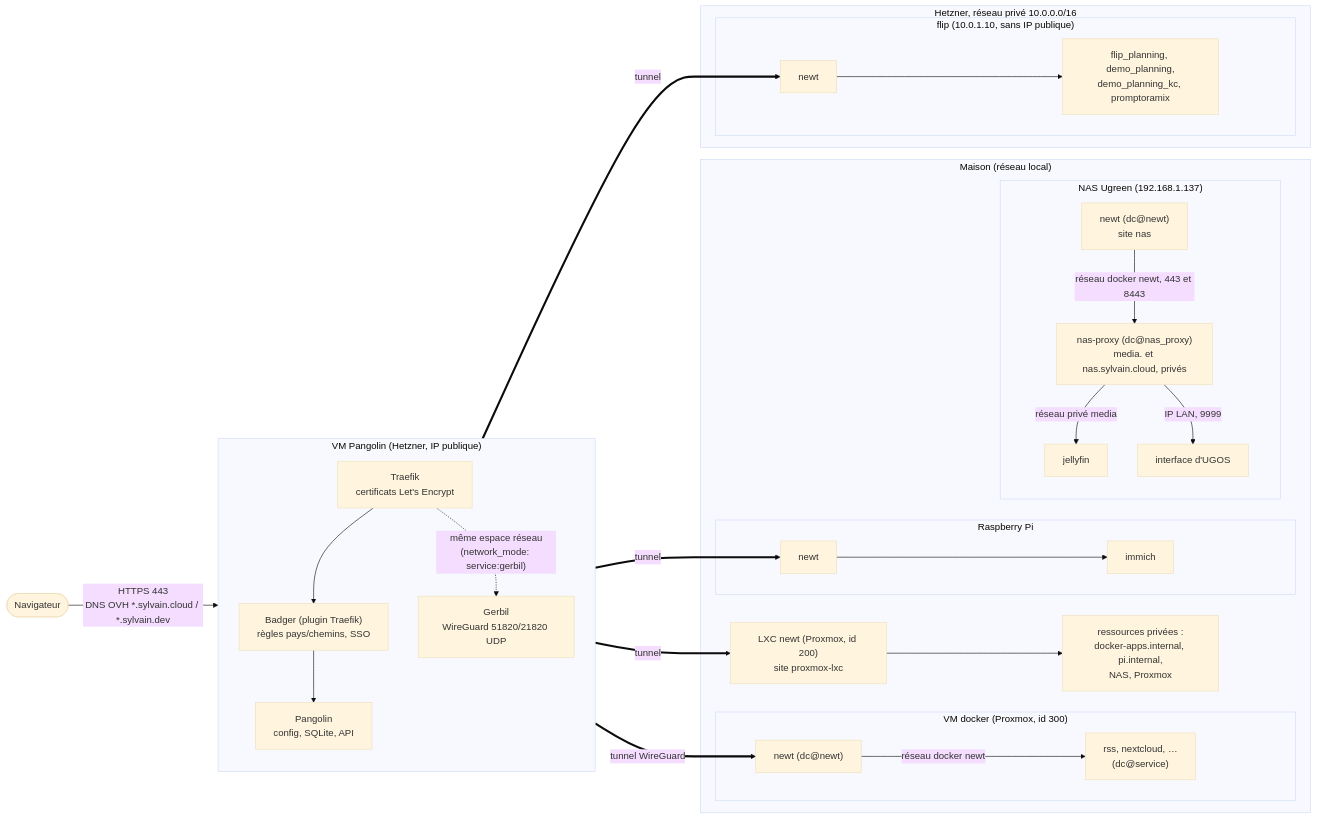
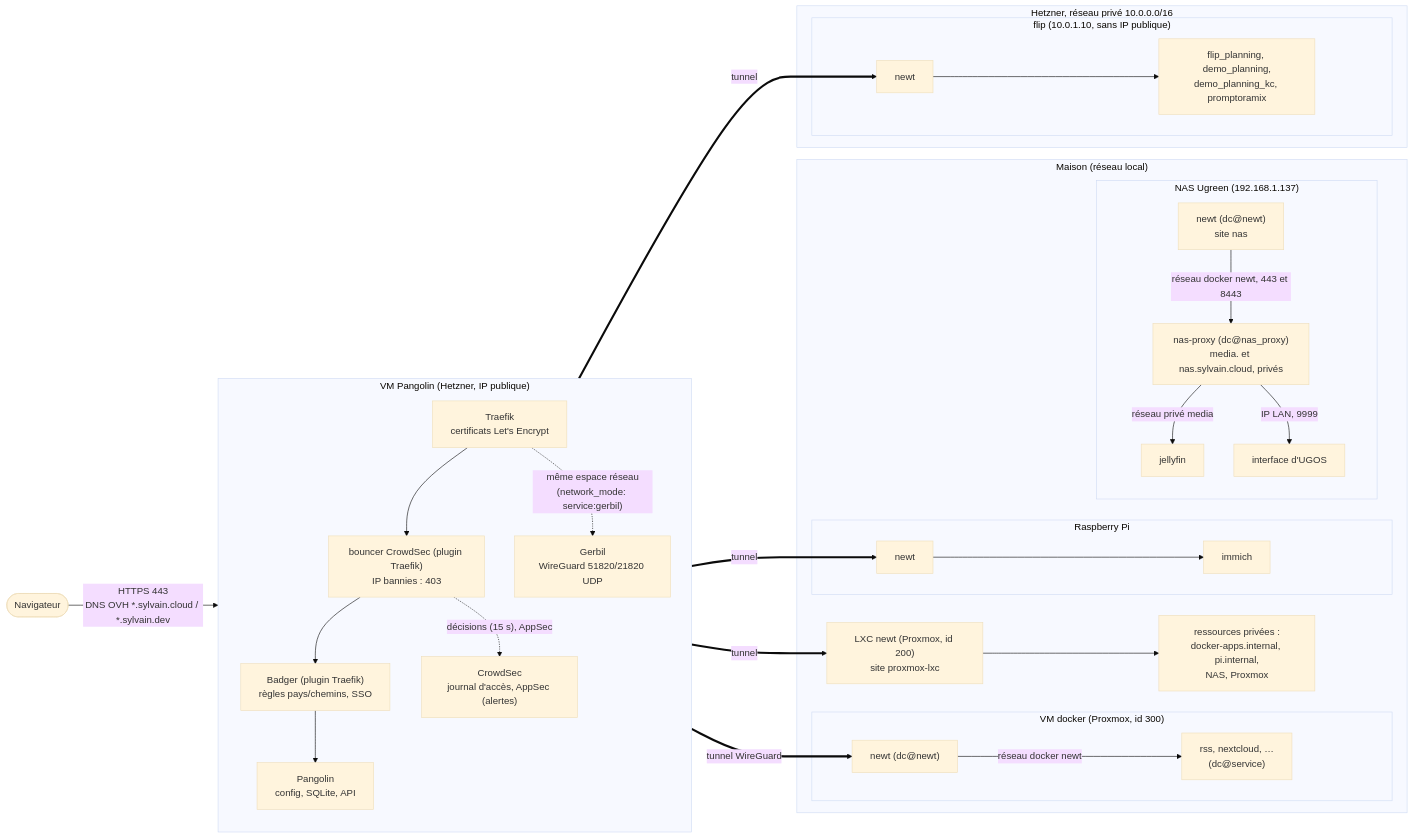
Before and after one commit to sylvainmetayer/homelab: the first of 4 diagrams in docs/architecture.md, drawn with Mermaid (base theme). The commit also changed other lines of this file and 20 other files, not shown here.

First line of the commit message:
feat(pangolin): CrowdSec devant toutes les routes HTTPS publiques

````diff
--- a/docs/architecture.md
+++ b/docs/architecture.md
@@ -9,40 +9,43 @@
 ```mermaid
 flowchart LR
   user([Navigateur]) -- "HTTPS 443<br/>DNS OVH *.sylvain.cloud / *.sylvain.dev" --> traefik
 
   subgraph pangolin_vm["VM Pangolin (Hetzner, IP publique)"]
     direction TB
     traefik["Traefik<br/>certificats Let's Encrypt"]
+    bouncer["bouncer CrowdSec (plugin Traefik)<br/>IP bannies : 403"]
+    crowdsec["CrowdSec<br/>journal d'accès, AppSec (alertes)"]
     badger["Badger (plugin Traefik)<br/>règles pays/chemins, SSO"]
     pangolin_app["Pangolin<br/>config, SQLite, API"]
     gerbil["Gerbil<br/>WireGuard 51820/21820 UDP"]
-    traefik --> badger --> pangolin_app
+    traefik --> bouncer --> badger --> pangolin_app
+    bouncer -. "décisions (15 s), AppSec" .-> crowdsec
     traefik -. "même espace réseau<br/>(network_mode: service:gerbil)" .-> gerbil
   end
 
   gerbil == "tunnel WireGuard" ==> newt_docker
   gerbil == tunnel ==> newt_pi
   gerbil == tunnel ==> newt_flip
   gerbil == tunnel ==> newt_lxc
 
   subgraph home["Maison (réseau local)"]
     subgraph docker_vm["VM docker (Proxmox, id 300)"]
       newt_docker["newt (dc@newt)"] -- "réseau docker newt" --> app1["rss, nextcloud, …<br/>(dc@service)"]
     end
     subgraph pi["Raspberry Pi"]
       newt_pi[newt] --> immich[immich]
     end
     newt_lxc["LXC newt (Proxmox, id 200)<br/>site proxmox-lxc"] --> lan["ressources privées :<br/>docker-apps.internal, pi.internal,<br/>NAS, Proxmox"]
     subgraph nas["NAS Ugreen (192.168.1.137)"]
       newt_nas["newt (dc@newt)<br/>site nas"] -- "réseau docker newt, 443 et 8443" --> traefik_nas["nas-proxy (dc@nas_proxy)<br/>media. et nas.sylvain.cloud, privés"]
       traefik_nas -- "réseau privé media" --> jellyfin[jellyfin]
       traefik_nas -- "IP LAN, 9999" --> ugos[interface d'UGOS]
     end
   end
 
   subgraph hetzner_priv["Hetzner, réseau privé 10.0.0.0/16"]
     subgraph flip["flip (10.0.1.10, sans IP publique)"]
       newt_flip[newt] --> fp["flip_planning, demo_planning,<br/>demo_planning_kc, promptoramix"]
     end
   end
 ```
````
